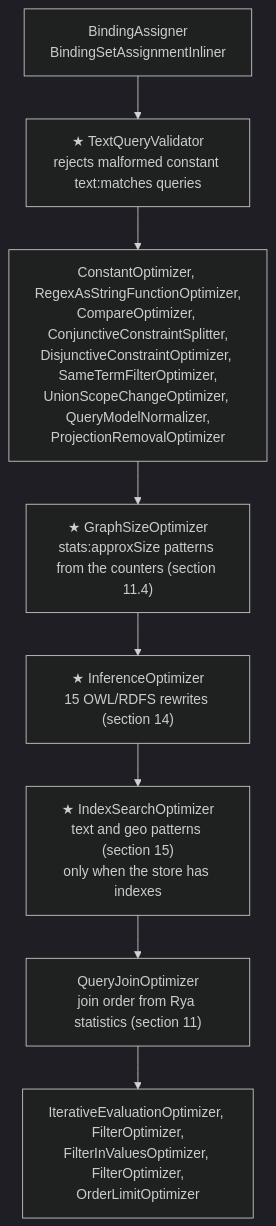
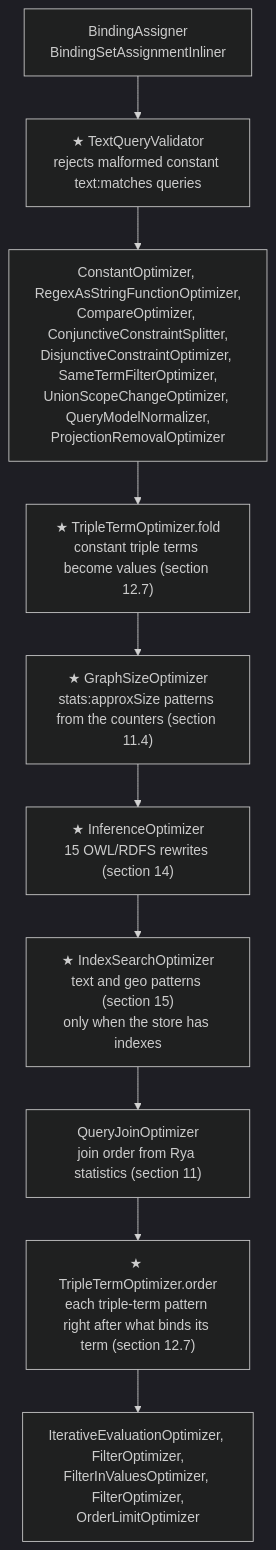
Before and after one commit to dgreco/rya-ng: diagram 12 of 21 in ARCH.md, drawn with Mermaid (dark theme). The commit also changed other lines of this file and 3 other files, not shown here.

````diff
--- a/ARCH.md
+++ b/ARCH.md
@@ -881,10 +891,12 @@
 ```mermaid
 flowchart TD
     o1["BindingAssigner<br/>BindingSetAssignmentInliner"] --> o2["★ TextQueryValidator<br/>rejects malformed constant text:matches queries"]
     o2 --> o3["ConstantOptimizer, RegexAsStringFunctionOptimizer,<br/>CompareOptimizer, ConjunctiveConstraintSplitter,<br/>DisjunctiveConstraintOptimizer, SameTermFilterOptimizer,<br/>UnionScopeChangeOptimizer, QueryModelNormalizer,<br/>ProjectionRemovalOptimizer"]
-    o3 --> o3b["★ GraphSizeOptimizer<br/>stats:approxSize patterns from the counters (section 11.4)"]
+    o3 --> o3a["★ TripleTermOptimizer.fold<br/>constant triple terms become values (section 12.7)"]
+    o3a --> o3b["★ GraphSizeOptimizer<br/>stats:approxSize patterns from the counters (section 11.4)"]
     o3b --> o4["★ InferenceOptimizer<br/>15 OWL/RDFS rewrites (section 14)"]
     o4 --> o5["★ IndexSearchOptimizer<br/>text and geo patterns (section 15)<br/>only when the store has indexes"]
     o5 --> o6["QueryJoinOptimizer<br/>join order from Rya statistics (section 11)"]
-    o6 --> o7["IterativeEvaluationOptimizer, FilterOptimizer,<br/>FilterInValuesOptimizer, FilterOptimizer,<br/>OrderLimitOptimizer"]
+    o6 --> o6b["★ TripleTermOptimizer.order<br/>each triple-term pattern right after what binds its term (section 12.7)"]
+    o6b --> o7["IterativeEvaluationOptimizer, FilterOptimizer,<br/>FilterInValuesOptimizer, FilterOptimizer,<br/>OrderLimitOptimizer"]
 ```
````
